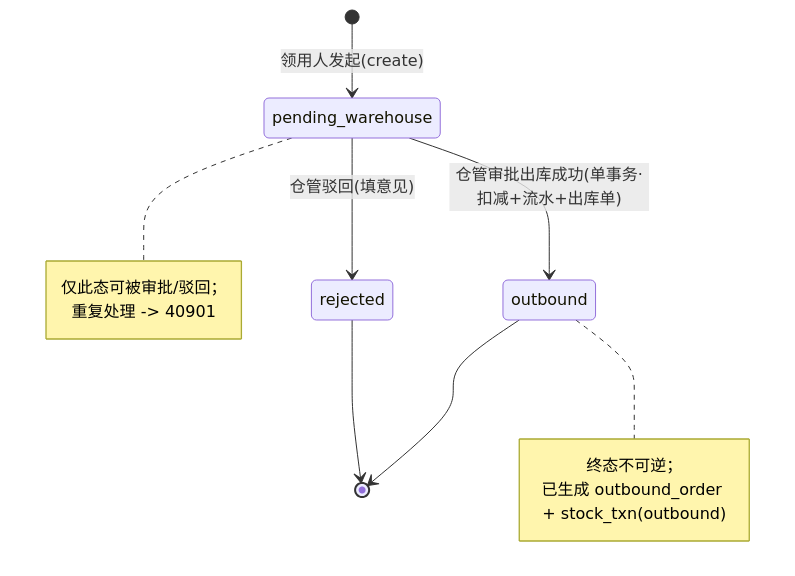
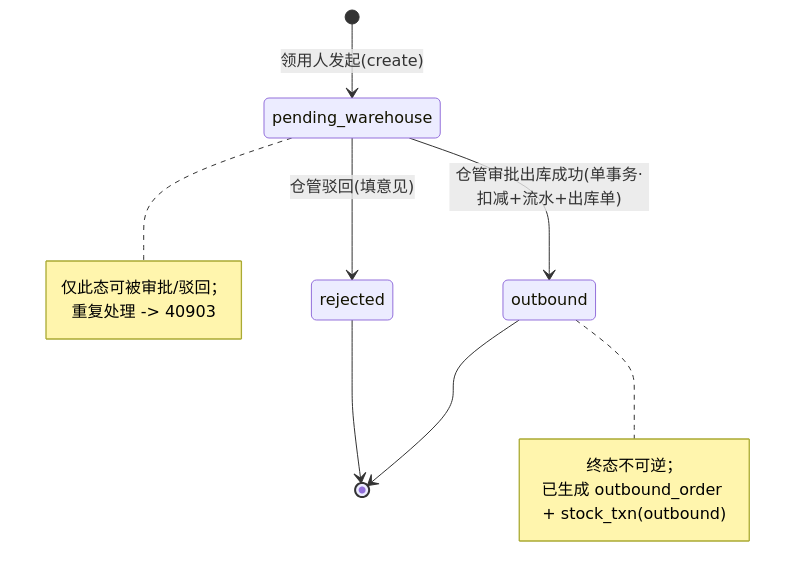
The third of 3 diagrams in docs/design/detail/U11-requisition-outbound.md (jamesking-sys/purchase), drawn with Mermaid before and after one commit. The commit also changed other lines of this file and 172 other files, not shown here.

````diff
--- a/docs/design/detail/U11-requisition-outbound.md
+++ b/docs/design/detail/U11-requisition-outbound.md
@@ -120,16 +120,16 @@
 ```mermaid
 stateDiagram-v2
     [*] --> pending_warehouse: 领用人发起(create)
     pending_warehouse --> outbound: 仓管审批出库成功(单事务·扣减+流水+出库单)
     pending_warehouse --> rejected: 仓管驳回(填意见)
     outbound --> [*]
     rejected --> [*]
     note right of pending_warehouse
       仅此态可被审批/驳回；
-      重复处理 -> 40901
+      重复处理 -> 40903
     end note
     note right of outbound
       终态不可逆；
       已生成 outbound_order + stock_txn(outbound)
     end note
 ```
````
